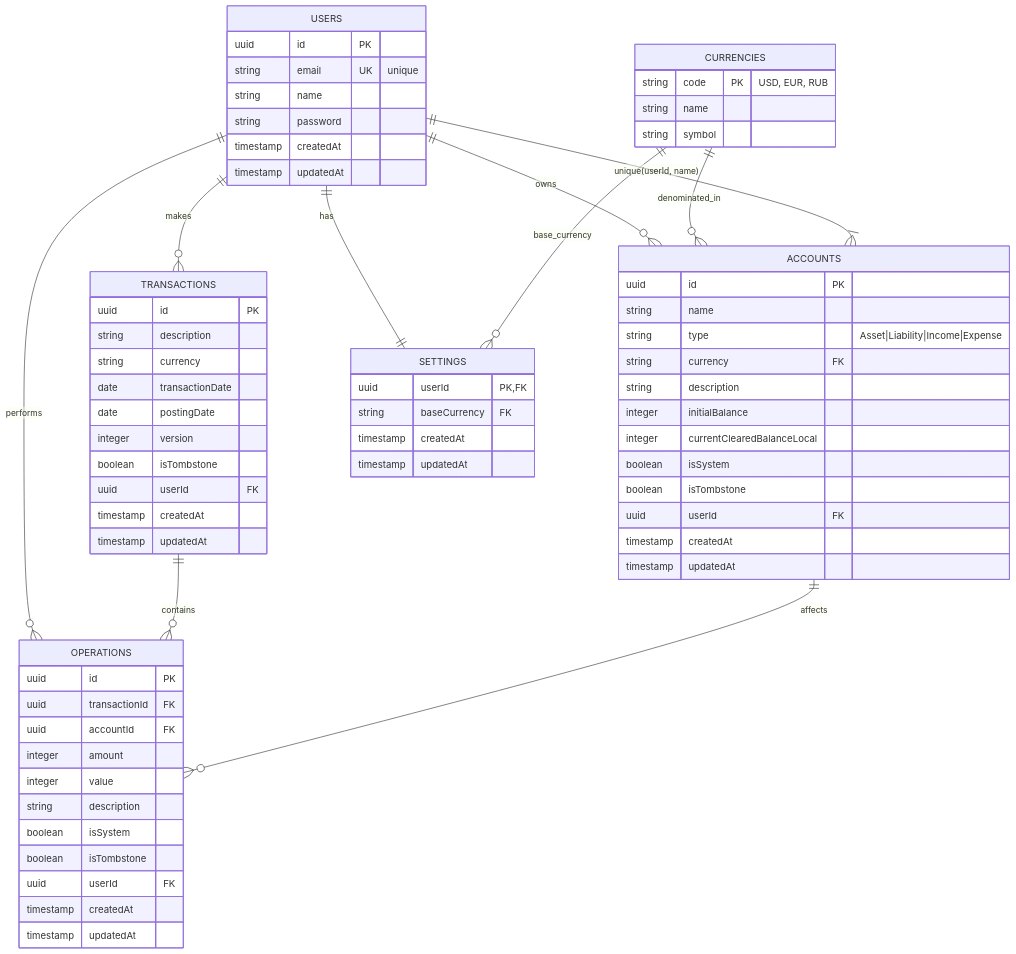
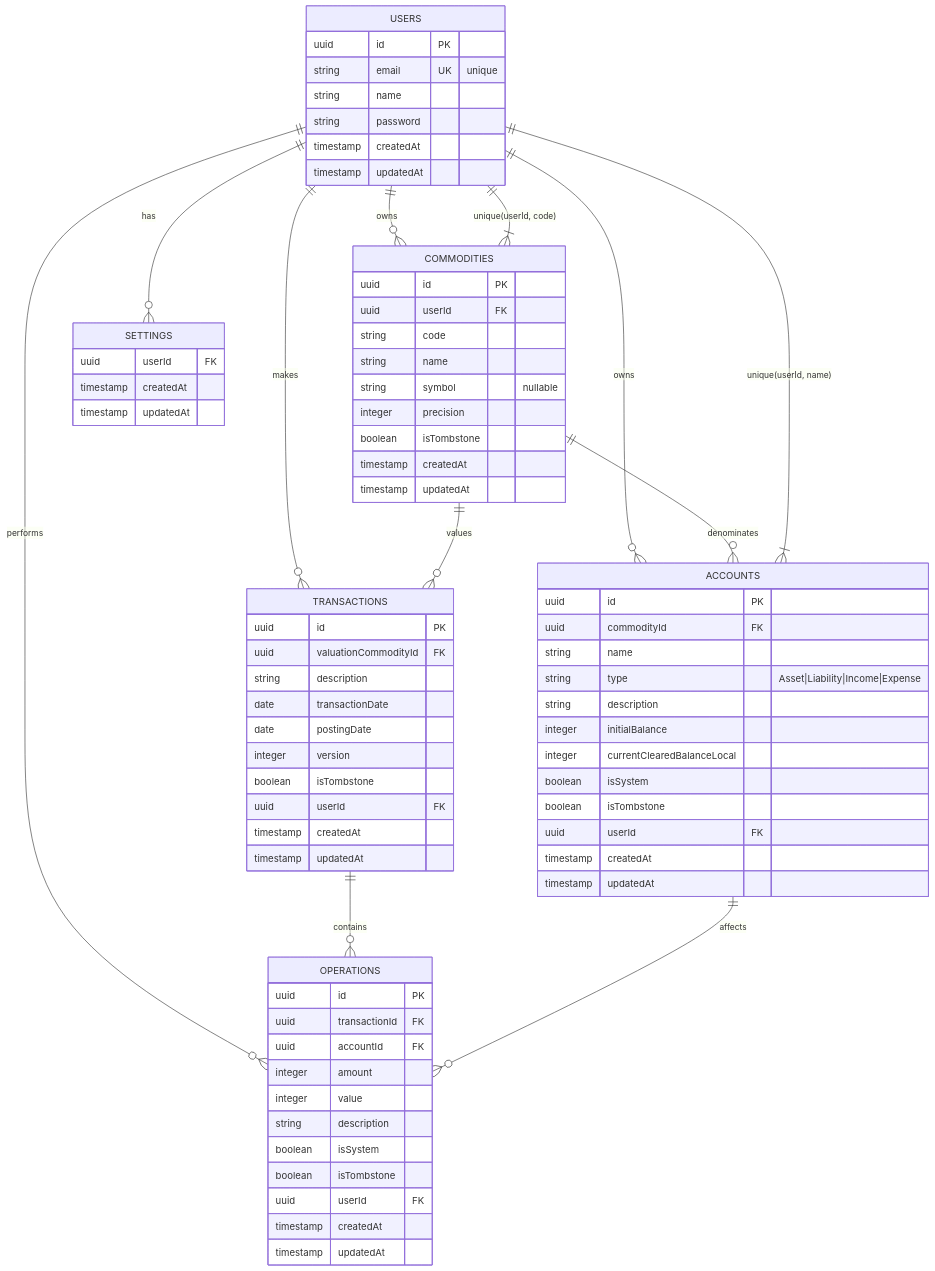
One commit to gorushkin/ledgerly changed the diagram in docs/DATABASE_SCHEMA.md. Above: the diagram before and after it, drawn with Mermaid. The commit also changed other lines of this file and 3 other files, not shown here.

Commit message:
LED-66 docs(database): update database schema documentation for commodity model and remove currency references

````diff
--- a/docs/DATABASE_SCHEMA.md
+++ b/docs/DATABASE_SCHEMA.md
@@ -23,18 +28,24 @@
         timestamp createdAt
         timestamp updatedAt
     }
-    
-    CURRENCIES {
-        string code PK "USD, EUR, RUB"
+
+    COMMODITIES {
+        uuid id PK
+        uuid userId FK
+        string code
         string name
-        string symbol
+        string symbol "nullable"
+        integer precision
+        boolean isTombstone
+        timestamp createdAt
+        timestamp updatedAt
     }
-    
+
     ACCOUNTS {
         uuid id PK
+        uuid commodityId FK
         string name
         string type "Asset|Liability|Income|Expense"
-        string currency FK
         string description
         integer initialBalance
         integer currentClearedBalanceLocal
@@ -44,11 +55,11 @@
         timestamp createdAt
         timestamp updatedAt
     }
-    
+
     TRANSACTIONS {
         uuid id PK
+        uuid valuationCommodityId FK
         string description
-        string currency
         date transactionDate
         date postingDate
         integer version
@@ -57,7 +68,7 @@
         timestamp createdAt
         timestamp updatedAt
     }
-    
+
     OPERATIONS {
         uuid id PK
         uuid transactionId FK
@@ -71,26 +82,25 @@
         timestamp createdAt
         timestamp updatedAt
     }
-    
+
     SETTINGS {
-        uuid userId PK,FK
-        string baseCurrency FK
+        uuid userId FK
         timestamp createdAt
         timestamp updatedAt
     }
 
-    %% Main relations
+    USERS ||--o{ COMMODITIES : "owns"
     USERS ||--o{ ACCOUNTS : "owns"
     USERS ||--o{ TRANSACTIONS : "makes"
     USERS ||--o{ OPERATIONS : "performs"
-    USERS ||--|| SETTINGS : "has"
-    
-    CURRENCIES ||--o{ ACCOUNTS : "denominated_in"
-    CURRENCIES ||--o{ SETTINGS : "base_currency"
-    
+    USERS ||--o{ SETTINGS : "has"
+
+    COMMODITIES ||--o{ ACCOUNTS : "denominates"
+    COMMODITIES ||--o{ TRANSACTIONS : "values"
+
     TRANSACTIONS ||--o{ OPERATIONS : "contains"
     ACCOUNTS ||--o{ OPERATIONS : "affects"
-    
-    %% Unique constraints
+
+    COMMODITIES }|--|| USERS : "unique(userId, code)"
     ACCOUNTS }|--|| USERS : "unique(userId, name)"
 ```
````
